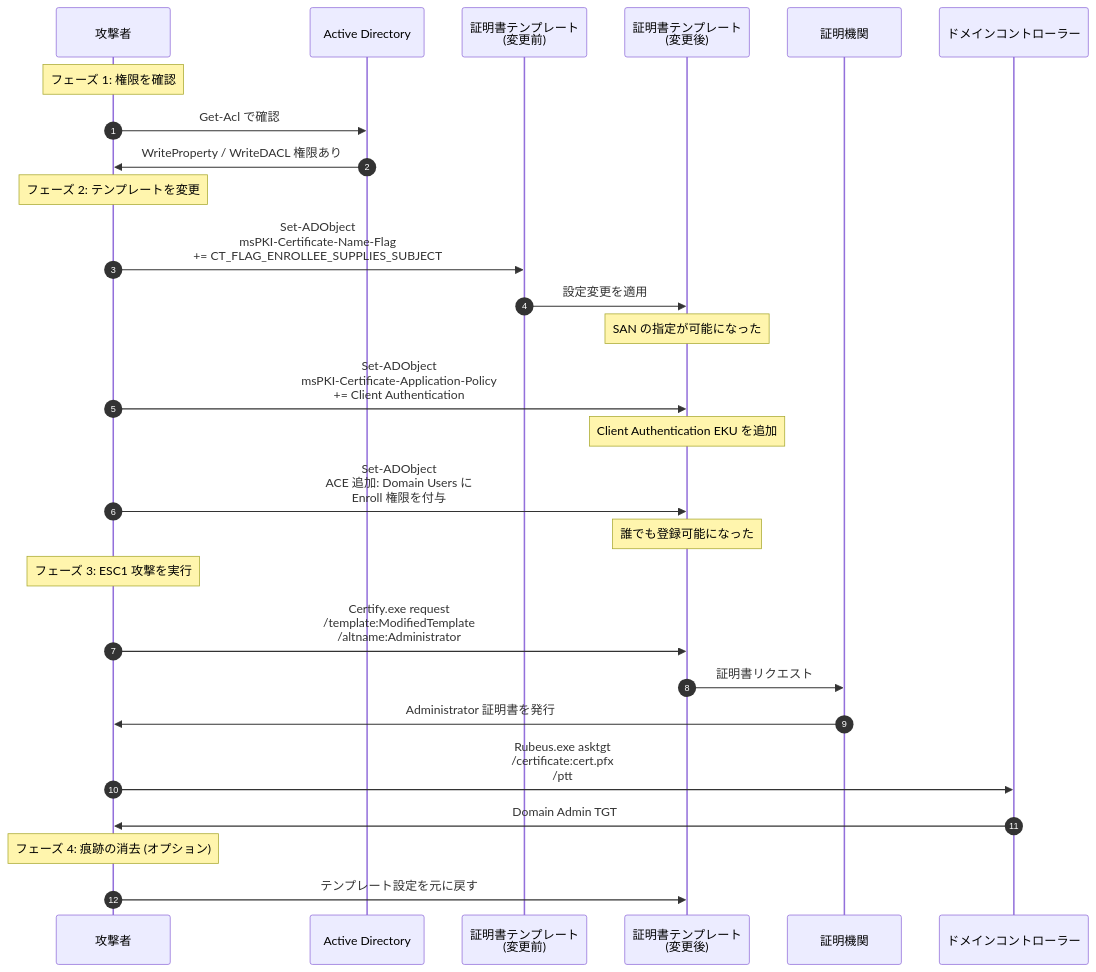
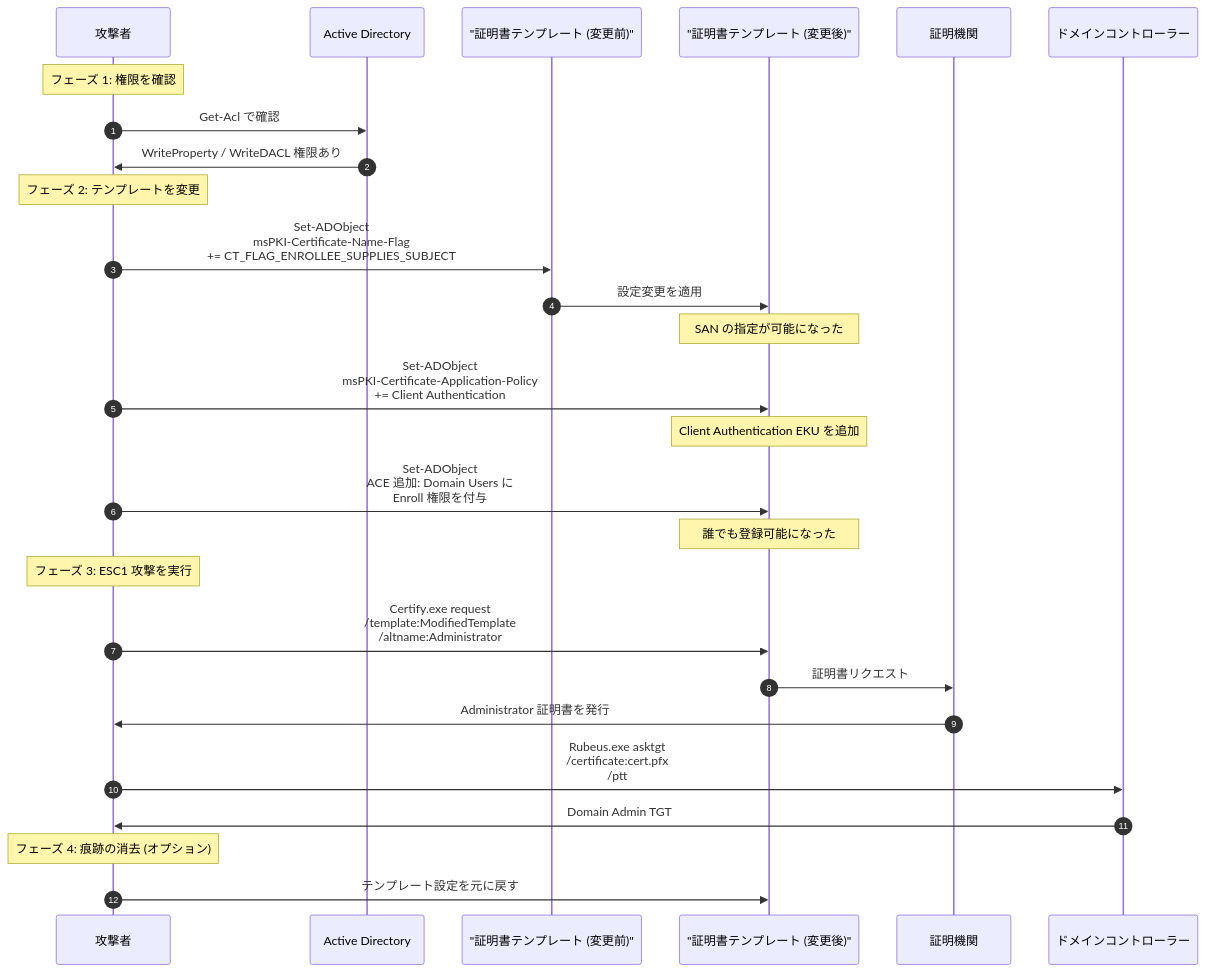
Before and after one commit to morimori-dev/morimori-dev.github.io: the fourth of 17 diagrams in _posts/2026-03-03-tech-adcs-esc-attack-guide-ja.md, drawn with Mermaid. The commit also changed other lines of this file and 7 other files, not shown here.

First line of the commit message:
Fix Mermaid syntax errors in 8 posts

````diff
--- a/_posts/2026-03-03-tech-adcs-esc-attack-guide-ja.md
+++ b/_posts/2026-03-03-tech-adcs-esc-attack-guide-ja.md
@@ -328,44 +328,44 @@
 ```mermaid
 sequenceDiagram
     autonumber
     participant A as 攻撃者
     participant AD as Active Directory
-    participant T as 証明書テンプレート<br/>(変更前)
-    participant T2 as 証明書テンプレート<br/>(変更後)
+    participant T as "証明書テンプレート (変更前)"
+    participant T2 as "証明書テンプレート (変更後)"
     participant CA as 証明機関
     participant DC as ドメインコントローラー
 
     Note over A: フェーズ 1: 権限を確認
 
     A->>AD: Get-Acl で確認
     AD->>A: WriteProperty / WriteDACL 権限あり
 
     Note over A: フェーズ 2: テンプレートを変更
 
     A->>T: Set-ADObject<br/>msPKI-Certificate-Name-Flag<br/>+= CT_FLAG_ENROLLEE_SUPPLIES_SUBJECT
 
     T->>T2: 設定変更を適用
     Note over T2: SAN の指定が可能になった
 
     A->>T2: Set-ADObject<br/>msPKI-Certificate-Application-Policy<br/>+= Client Authentication
 
     Note over T2: Client Authentication EKU を追加
 
     A->>T2: Set-ADObject<br/>ACE 追加: Domain Users に<br/>Enroll 権限を付与
 
     Note over T2: 誰でも登録可能になった
 
     Note over A: フェーズ 3: ESC1 攻撃を実行
 
     A->>T2: Certify.exe request<br/>/template:ModifiedTemplate<br/>/altname:Administrator
 
     T2->>CA: 証明書リクエスト
     CA->>A: Administrator 証明書を発行
 
     A->>DC: Rubeus.exe asktgt<br/>/certificate:cert.pfx<br/>/ptt
     DC->>A: Domain Admin TGT
 
     Note over A: フェーズ 4: 痕跡の消去 (オプション)
 
     A->>T2: テンプレート設定を元に戻す
 ```
````
